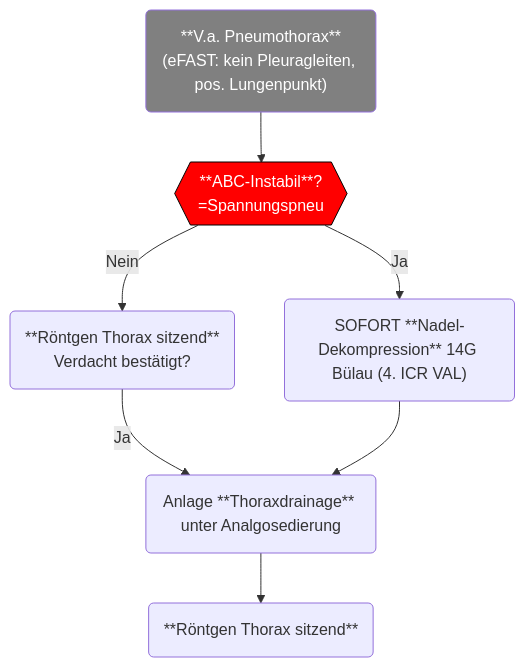
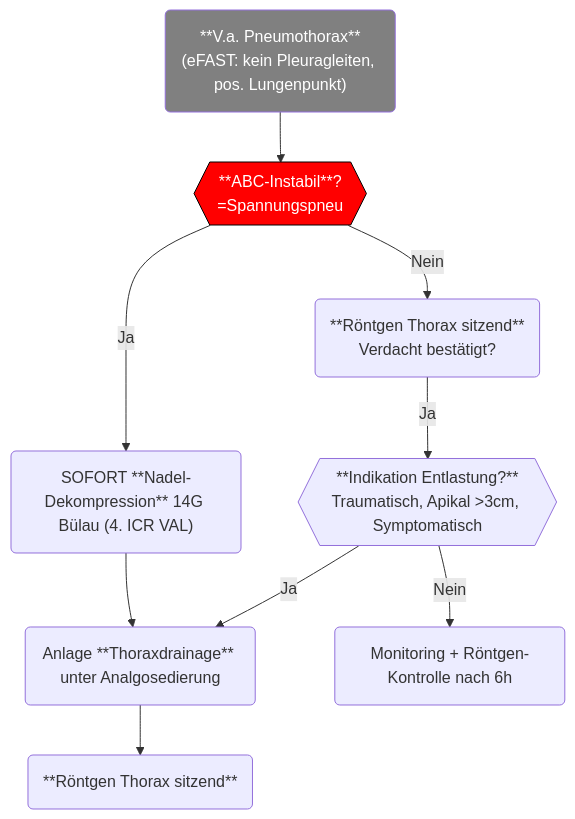
Before and after one commit to vncntwbr/notfallbausteine: the diagram in content/Pneu.md, drawn with Mermaid.

Commit message:
Quartz sync: Mar 28, 2026, 4:35 PM

````diff
--- a/content/Pneu.md
+++ b/content/Pneu.md
@@ -20,15 +20,17 @@
 ```mermaid
 flowchart TD
     Start("**V.a. Pneumothorax**<br>(eFAST: kein Pleuragleiten, pos. Lungenpunkt)") --> Instabil{{"**ABC-Instabil**?<br>=Spannungspneu"}}
     Instabil -->|Ja| Dek("SOFORT **Nadel-Dekompression** 14G Bülau (4. ICR VAL)")
     Instabil -->|Nein| Rö("**Röntgen Thorax sitzend**<br>Verdacht bestätigt?")
-    Rö -->|Ja| Tdx(Anlage **Thoraxdrainage** unter Analgosedierung)
+    Rö -->|Ja| Indikation{{"**Indikation Entlastung?**"<br>Traumatisch, Apikal >3cm, Symptomatisch}}
+    Indikation -->|Ja| Tdx(Anlage **Thoraxdrainage** unter Analgosedierung)
+    Indikation -->|Nein| RöK("Monitoring + Röntgen-Kontrolle nach 6h")
     Dek --> Tdx
     Tdx --> Rö2(**Röntgen Thorax sitzend**)
     
     click Tdx "https://www.github.com" "Open this in a new tab" _blank
     click Dek "https://www.github.com" "Open this in a new tab" _blank
     
     style Instabil fill:red,color:white,stroke:black
     style Start fill:grey,color:white
 ```
````
